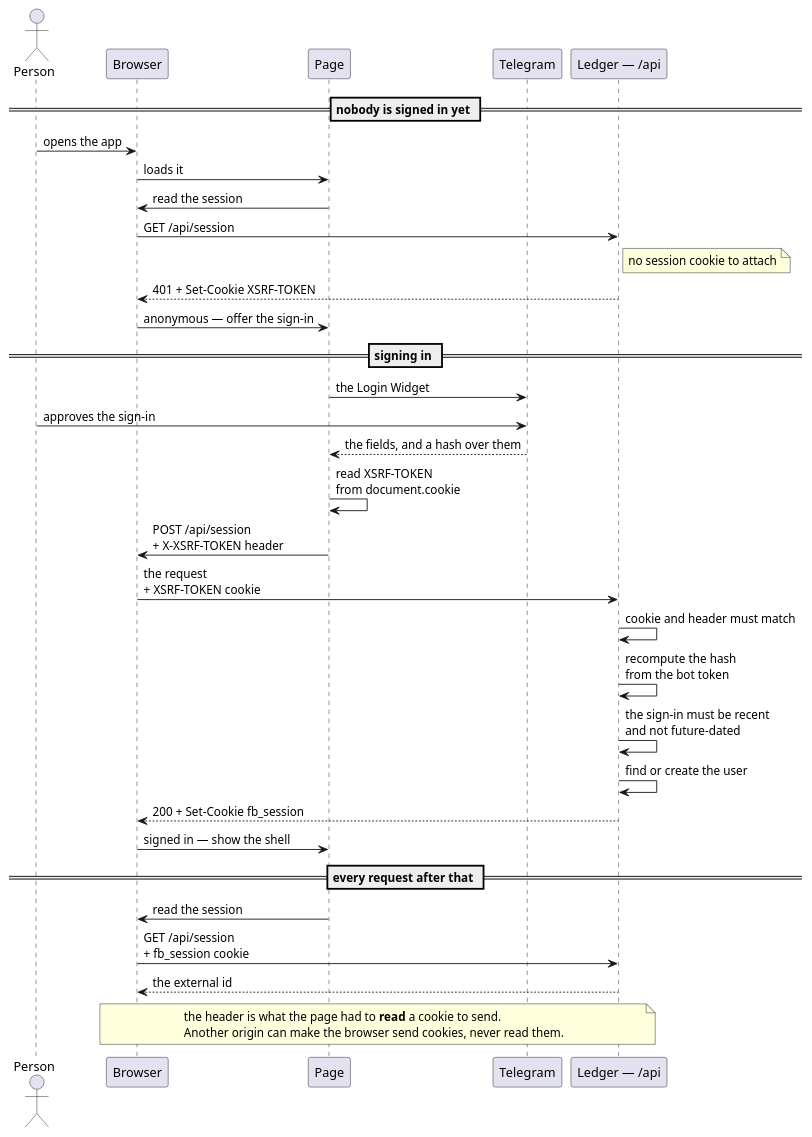
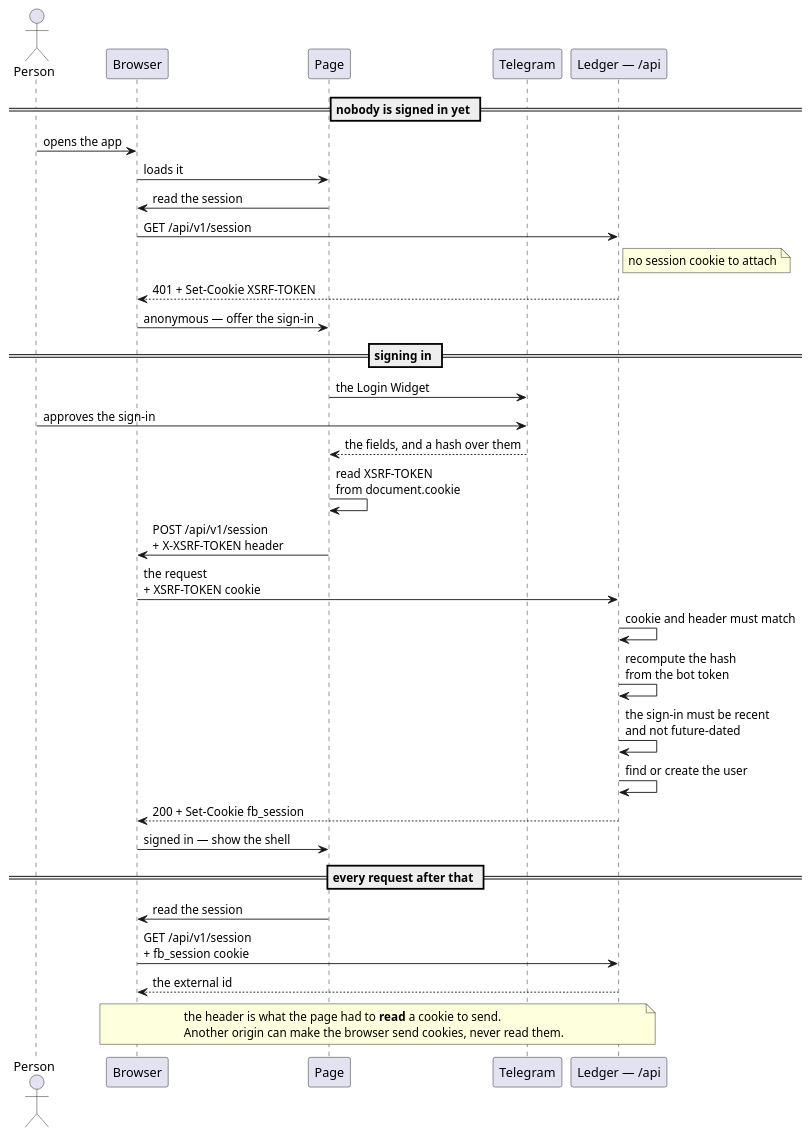
Before and after one commit to ds-usova/finance-bot: the first of 2 diagrams in ledger-service/docs/contracts/in/web-session-api.md, drawn with PlantUML. The commit also changed other lines of this file and 6 other files, not shown here.

````diff
--- a/ledger-service/docs/contracts/in/web-session-api.md
+++ b/ledger-service/docs/contracts/in/web-session-api.md
@@ -74,44 +75,44 @@
 ```plantuml
 @startuml WebSession-Sequence
 actor "Person" as User
 participant "Browser" as Browser
 participant "Page" as Page
 participant "Telegram" as Telegram
 participant "Ledger — /api" as Api
 
 == nobody is signed in yet ==
 
 User -> Browser : opens the app
 Browser -> Page : loads it
 Page -> Browser : read the session
-Browser -> Api : GET /api/session
+Browser -> Api : GET /api/v1/session
 note right of Api : no session cookie to attach
 Api --> Browser : 401 + Set-Cookie XSRF-TOKEN
 Browser -> Page : anonymous — offer the sign-in
 
 == signing in ==
 
 Page -> Telegram : the Login Widget
 User -> Telegram : approves the sign-in
 Telegram --> Page : the fields, and a hash over them
 
 Page -> Page : read XSRF-TOKEN\nfrom document.cookie
-Page -> Browser : POST /api/session\n+ X-XSRF-TOKEN header
+Page -> Browser : POST /api/v1/session\n+ X-XSRF-TOKEN header
 Browser -> Api : the request\n+ XSRF-TOKEN cookie
 
 Api -> Api : cookie and header must match
 Api -> Api : recompute the hash\nfrom the bot token
 Api -> Api : the sign-in must be recent\nand not future-dated
 Api -> Api : find or create the user
 Api --> Browser : 200 + Set-Cookie fb_session
 Browser -> Page : signed in — show the shell
 
 == every request after that ==
 
 Page -> Browser : read the session
-Browser -> Api : GET /api/session\n+ fb_session cookie
+Browser -> Api : GET /api/v1/session\n+ fb_session cookie
 Api --> Browser : the external id
 
 note over Browser, Api : the header is what the page had to **read** a cookie to send.\nAnother origin can make the browser send cookies, never read them.
 @enduml
 ```
````
